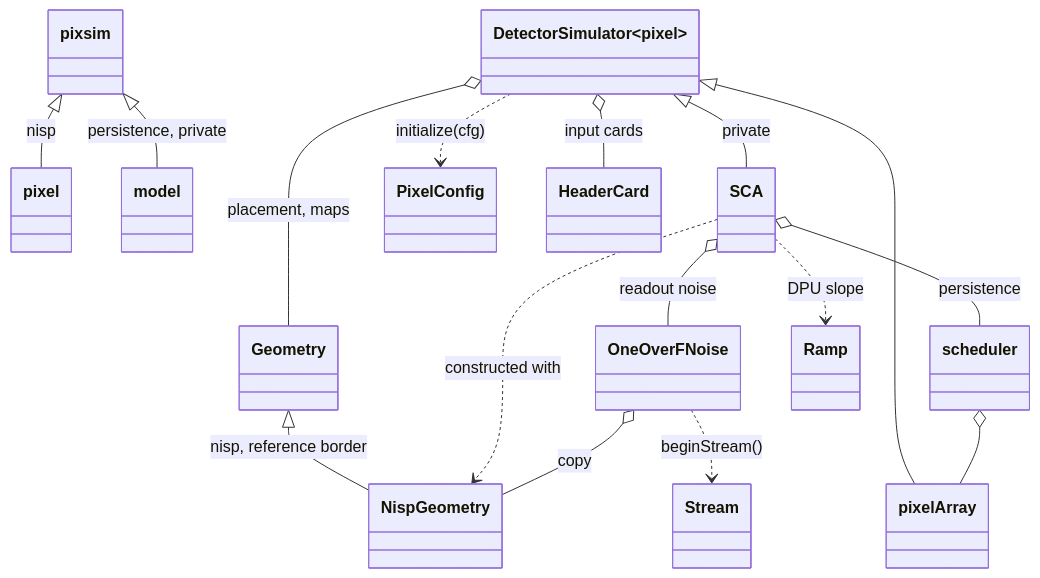
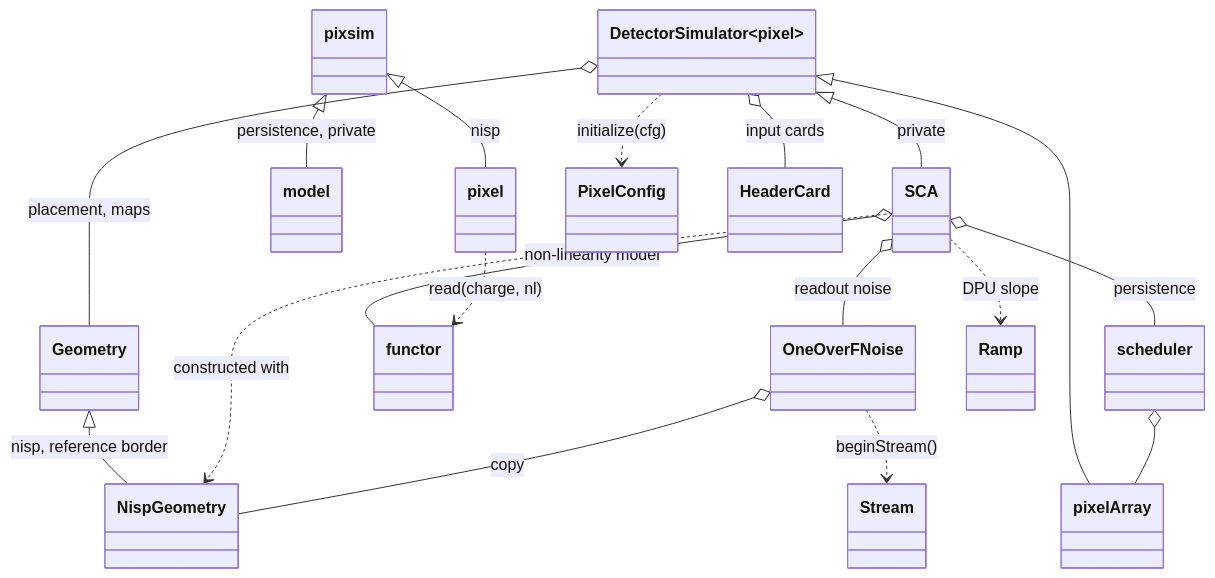
One commit to Pulsar2011/phot2pix changed the first of 4 diagrams in wiki/NISP-example.md. Above: the diagram before and after it, drawn with Mermaid. The commit also changed other lines of this file and 31 other files, not shown here.

Commit message:
Add Phot2Pix Log Make Claude generate the Doxygen documentation Add FullWhell and Non linearity capacity model.

````diff
--- a/wiki/NISP-example.md
+++ b/wiki/NISP-example.md
@@ -39,18 +39,20 @@
 ```mermaid
 classDiagram
     pixsim <|-- pixel : nisp
     pixsim <|-- model : persistence, private
     Geometry <|-- NispGeometry : nisp, reference border
     DetectorSimulator~pixel~ <|-- SCA : private
     DetectorSimulator~model~ <|-- pixelArray
     DetectorSimulator o-- Geometry : placement, maps
     DetectorSimulator ..> PixelConfig : initialize(cfg)
     DetectorSimulator o-- HeaderCard : input cards
     SCA ..> NispGeometry : constructed with
     SCA o-- OneOverFNoise : readout noise
     OneOverFNoise o-- NispGeometry : copy
     OneOverFNoise ..> Stream : beginStream()
+    SCA o-- functor : non-linearity model
+    pixel ..> functor : read(charge, nl)
     SCA o-- scheduler : persistence
     scheduler o-- pixelArray
     SCA ..> Ramp : DPU slope
 ```
````
